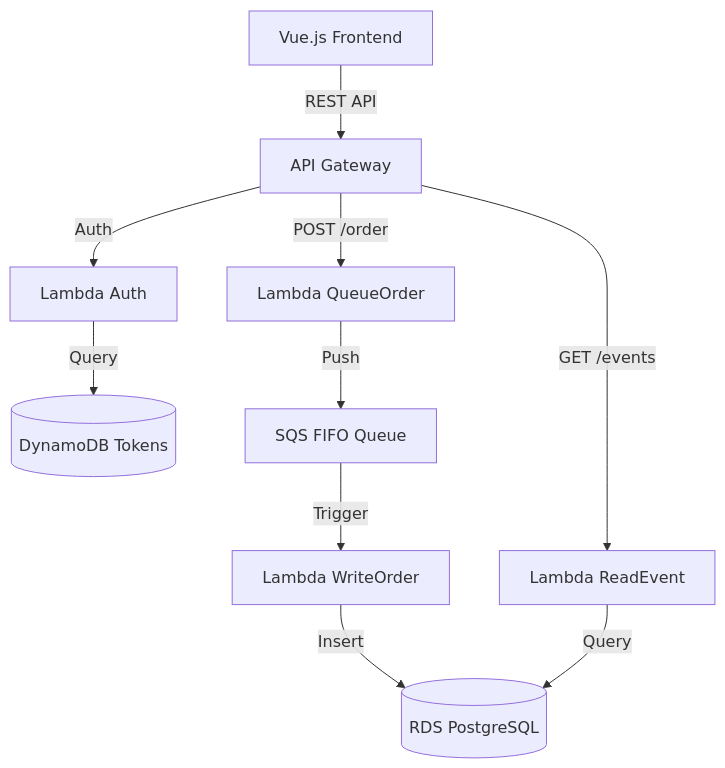
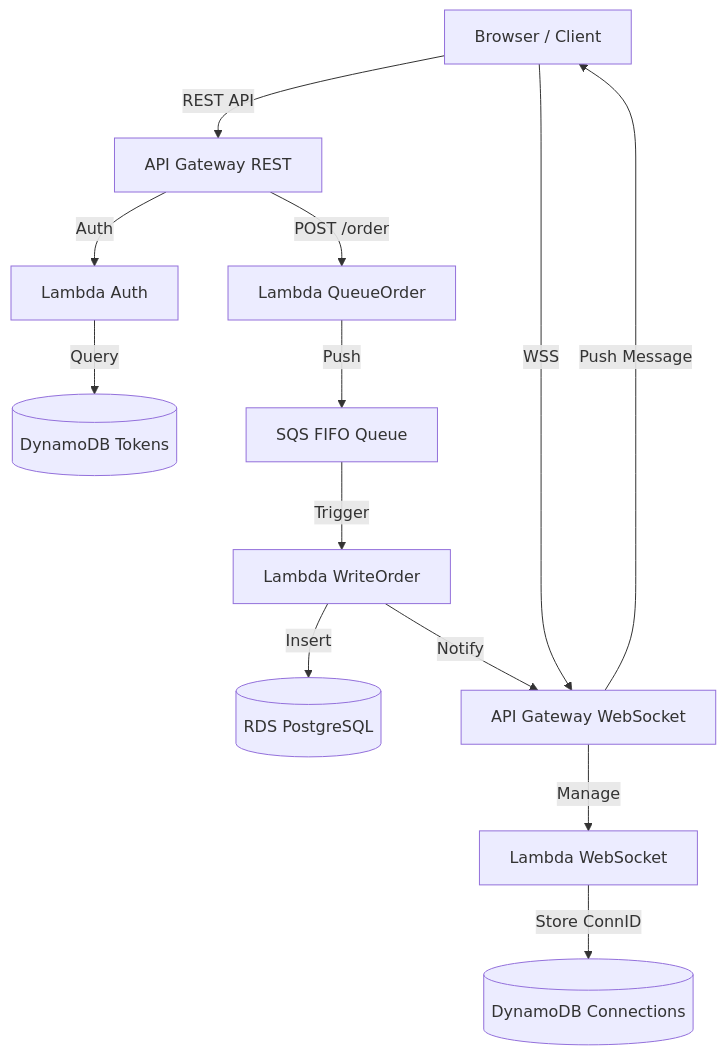
One commit to keefalegends/audiowave-production changed the diagram in README.md. Above: the diagram before and after it, drawn with Mermaid. The commit also changed other lines of this file, not shown here.

````diff
--- a/README.md
+++ b/README.md
@@ -14,12 +15,19 @@
 ```mermaid
 graph TD
-    A[Vue.js Frontend] -->|REST API| B[API Gateway]
-    B -->|Auth| C[Lambda Auth]
-    C -->|Query| D[(DynamoDB Tokens)]
-    B -->|POST /order| E[Lambda QueueOrder]
-    E -->|Push| F[SQS FIFO Queue]
-    F -->|Trigger| G[Lambda WriteOrder]
-    G -->|Insert| H[(RDS PostgreSQL)]
-    B -->|GET /events| I[Lambda ReadEvent]
-    I -->|Query| H
+    A[Browser / Client] -->|REST API| B[API Gateway REST]
+    A -->|WSS| C[API Gateway WebSocket]
+    
+    B -->|Auth| D[Lambda Auth]
+    D -->|Query| E[(DynamoDB Tokens)]
+    
+    B -->|POST /order| F[Lambda QueueOrder]
+    F -->|Push| G[SQS FIFO Queue]
+    G -->|Trigger| H[Lambda WriteOrder]
+    H -->|Insert| I[(RDS PostgreSQL)]
+    
+    H -->|Notify| C
+    C -->|Push Message| A
+    
+    C -->|Manage| J[Lambda WebSocket]
+    J -->|Store ConnID| K[(DynamoDB Connections)]
 ```
````
